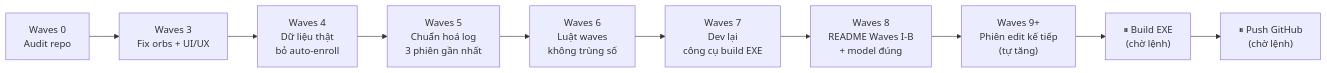
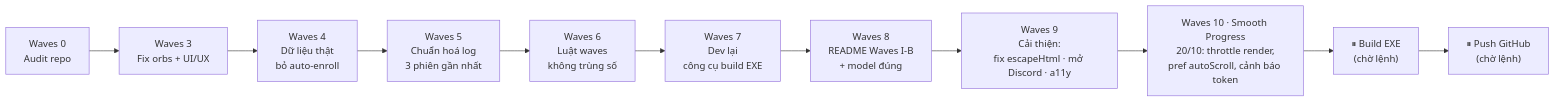
Before and after one commit to duyzoz/AUTO-QUEST: the fifth of 5 diagrams in README.md, drawn with Mermaid. The commit also changed other lines of this file and 7 other files, not shown here.

Commit message:
feat(waves 10 smooth progress): throttle render qua rAF, pref autoScroll, canh bao token het han + luat waves con khong trung ten muc chinh

````diff
--- a/README.md
+++ b/README.md
@@ -124,12 +151,13 @@
 ```mermaid
 flowchart LR
     W0["Waves 0<br/>Audit repo"] --> W3["Waves 3<br/>Fix orbs + UI/UX"]
     W3 --> W4["Waves 4<br/>Dữ liệu thật<br/>bỏ auto-enroll"]
     W4 --> W5["Waves 5<br/>Chuẩn hoá log<br/>3 phiên gần nhất"]
     W5 --> W6["Waves 6<br/>Luật waves<br/>không trùng số"]
     W6 --> W7["Waves 7<br/>Dev lại<br/>công cụ build EXE"]
     W7 --> W8["Waves 8<br/>README Waves I-B<br/>+ model đúng"]
-    W8 --> W9["Waves 9+<br/>Phiên edit kế tiếp<br/>(tự tăng)"]
-    W9 --> B["⏸ Build EXE<br/>(chờ lệnh)"]
+    W8 --> W9["Waves 9<br/>Cải thiện:<br/>fix escapeHtml · mở Discord · a11y"]
+    W9 --> W10["Waves 10 · Smooth Progress<br/>20/10: throttle render,<br/>pref autoScroll, cảnh báo token"]
+    W10 --> B["⏸ Build EXE<br/>(chờ lệnh)"]
     B --> P["⏸ Push GitHub<br/>(chờ lệnh)"]
 ```
````
